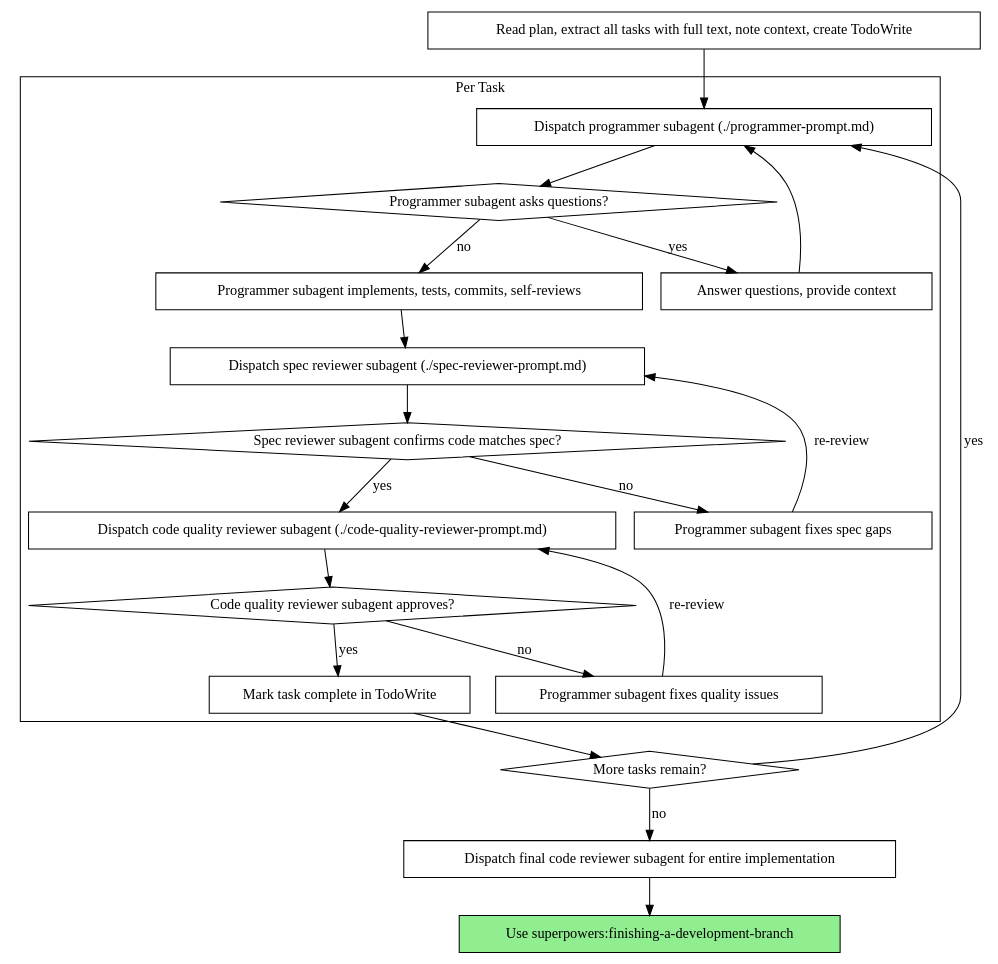
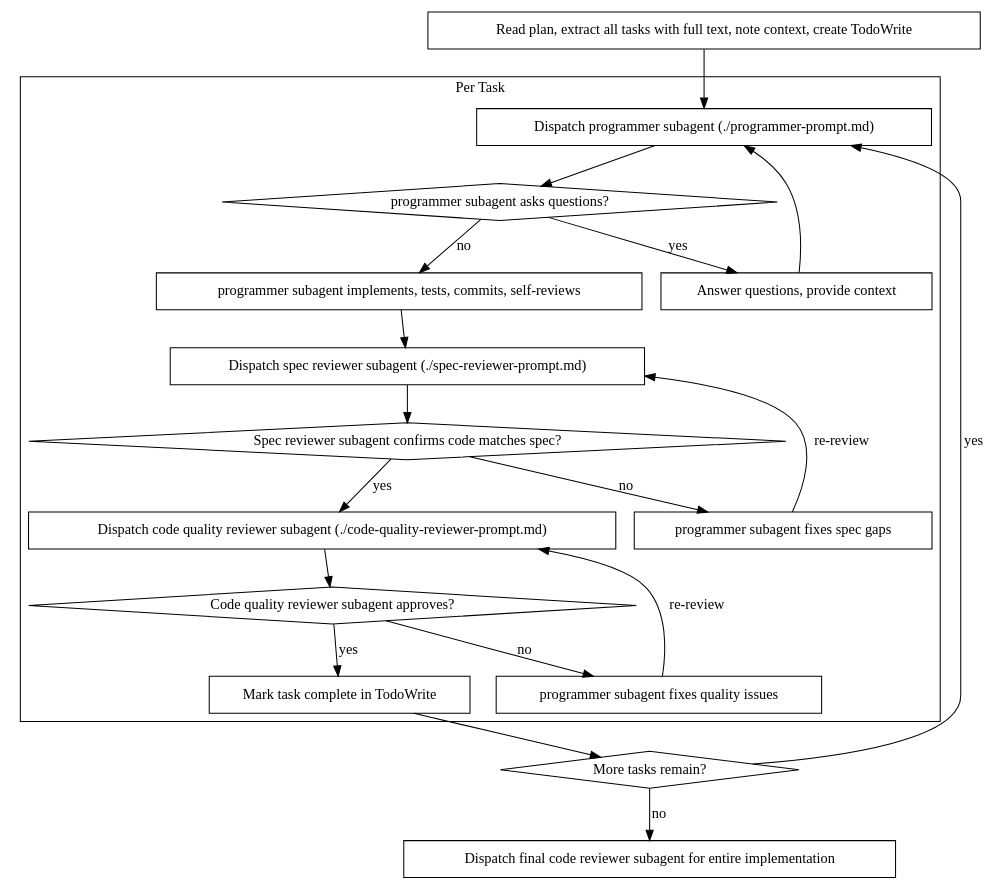
One commit to frap129/dotfiles changed the second of 2 diagrams in .config/opencode/skills/subagent-driven-development/SKILL.md. Above: the diagram before and after it, drawn with Graphviz. The commit also changed other lines of this file and 9 other files, not shown here.

````diff
--- a/.config/opencode/skills/subagent-driven-development/SKILL.md
+++ b/.config/opencode/skills/subagent-driven-development/SKILL.md
@@ -41,44 +31,42 @@
 ```dot
 digraph process {
     rankdir=TB;
 
     subgraph cluster_per_task {
         label="Per Task";
         "Dispatch programmer subagent (./programmer-prompt.md)" [shape=box];
-        "Programmer subagent asks questions?" [shape=diamond];
+        "programmer subagent asks questions?" [shape=diamond];
         "Answer questions, provide context" [shape=box];
-        "Programmer subagent implements, tests, commits, self-reviews" [shape=box];
+        "programmer subagent implements, tests, commits, self-reviews" [shape=box];
         "Dispatch spec reviewer subagent (./spec-reviewer-prompt.md)" [shape=box];
         "Spec reviewer subagent confirms code matches spec?" [shape=diamond];
-        "Programmer subagent fixes spec gaps" [shape=box];
+        "programmer subagent fixes spec gaps" [shape=box];
         "Dispatch code quality reviewer subagent (./code-quality-reviewer-prompt.md)" [shape=box];
         "Code quality reviewer subagent approves?" [shape=diamond];
-        "Programmer subagent fixes quality issues" [shape=box];
+        "programmer subagent fixes quality issues" [shape=box];
         "Mark task complete in TodoWrite" [shape=box];
     }
 
     "Read plan, extract all tasks with full text, note context, create TodoWrite" [shape=box];
     "More tasks remain?" [shape=diamond];
     "Dispatch final code reviewer subagent for entire implementation" [shape=box];
-    "Use superpowers:finishing-a-development-branch" [shape=box style=filled fillcolor=lightgreen];
 
     "Read plan, extract all tasks with full text, note context, create TodoWrite" -> "Dispatch programmer subagent (./programmer-prompt.md)";
-    "Dispatch programmer subagent (./programmer-prompt.md)" -> "Programmer subagent asks questions?";
-    "Programmer subagent asks questions?" -> "Answer questions, provide context" [label="yes"];
+    "Dispatch programmer subagent (./programmer-prompt.md)" -> "programmer subagent asks questions?";
+    "programmer subagent asks questions?" -> "Answer questions, provide context" [label="yes"];
     "Answer questions, provide context" -> "Dispatch programmer subagent (./programmer-prompt.md)";
-    "Programmer subagent asks questions?" -> "Programmer subagent implements, tests, commits, self-reviews" [label="no"];
-    "Programmer subagent implements, tests, commits, self-reviews" -> "Dispatch spec reviewer subagent (./spec-reviewer-prompt.md)";
+    "programmer subagent asks questions?" -> "programmer subagent implements, tests, commits, self-reviews" [label="no"];
+    "programmer subagent implements, tests, commits, self-reviews" -> "Dispatch spec reviewer subagent (./spec-reviewer-prompt.md)";
     "Dispatch spec reviewer subagent (./spec-reviewer-prompt.md)" -> "Spec reviewer subagent confirms code matches spec?";
-    "Spec reviewer subagent confirms code matches spec?" -> "Programmer subagent fixes spec gaps" [label="no"];
-    "Programmer subagent fixes spec gaps" -> "Dispatch spec reviewer subagent (./spec-reviewer-prompt.md)" [label="re-review"];
+    "Spec reviewer subagent confirms code matches spec?" -> "programmer subagent fixes spec gaps" [label="no"];
+    "programmer subagent fixes spec gaps" -> "Dispatch spec reviewer subagent (./spec-reviewer-prompt.md)" [label="re-review"];
     "Spec reviewer subagent confirms code matches spec?" -> "Dispatch code quality reviewer subagent (./code-quality-reviewer-prompt.md)" [label="yes"];
     "Dispatch code quality reviewer subagent (./code-quality-reviewer-prompt.md)" -> "Code quality reviewer subagent approves?";
-    "Code quality reviewer subagent approves?" -> "Programmer subagent fixes quality issues" [label="no"];
-    "Programmer subagent fixes quality issues" -> "Dispatch code quality reviewer subagent (./code-quality-reviewer-prompt.md)" [label="re-review"];
+    "Code quality reviewer subagent approves?" -> "programmer subagent fixes quality issues" [label="no"];
+    "programmer subagent fixes quality issues" -> "Dispatch code quality reviewer subagent (./code-quality-reviewer-prompt.md)" [label="re-review"];
     "Code quality reviewer subagent approves?" -> "Mark task complete in TodoWrite" [label="yes"];
     "Mark task complete in TodoWrite" -> "More tasks remain?";
     "More tasks remain?" -> "Dispatch programmer subagent (./programmer-prompt.md)" [label="yes"];
     "More tasks remain?" -> "Dispatch final code reviewer subagent for entire implementation" [label="no"];
-    "Dispatch final code reviewer subagent for entire implementation" -> "Use superpowers:finishing-a-development-branch";
 }
 ```
````
